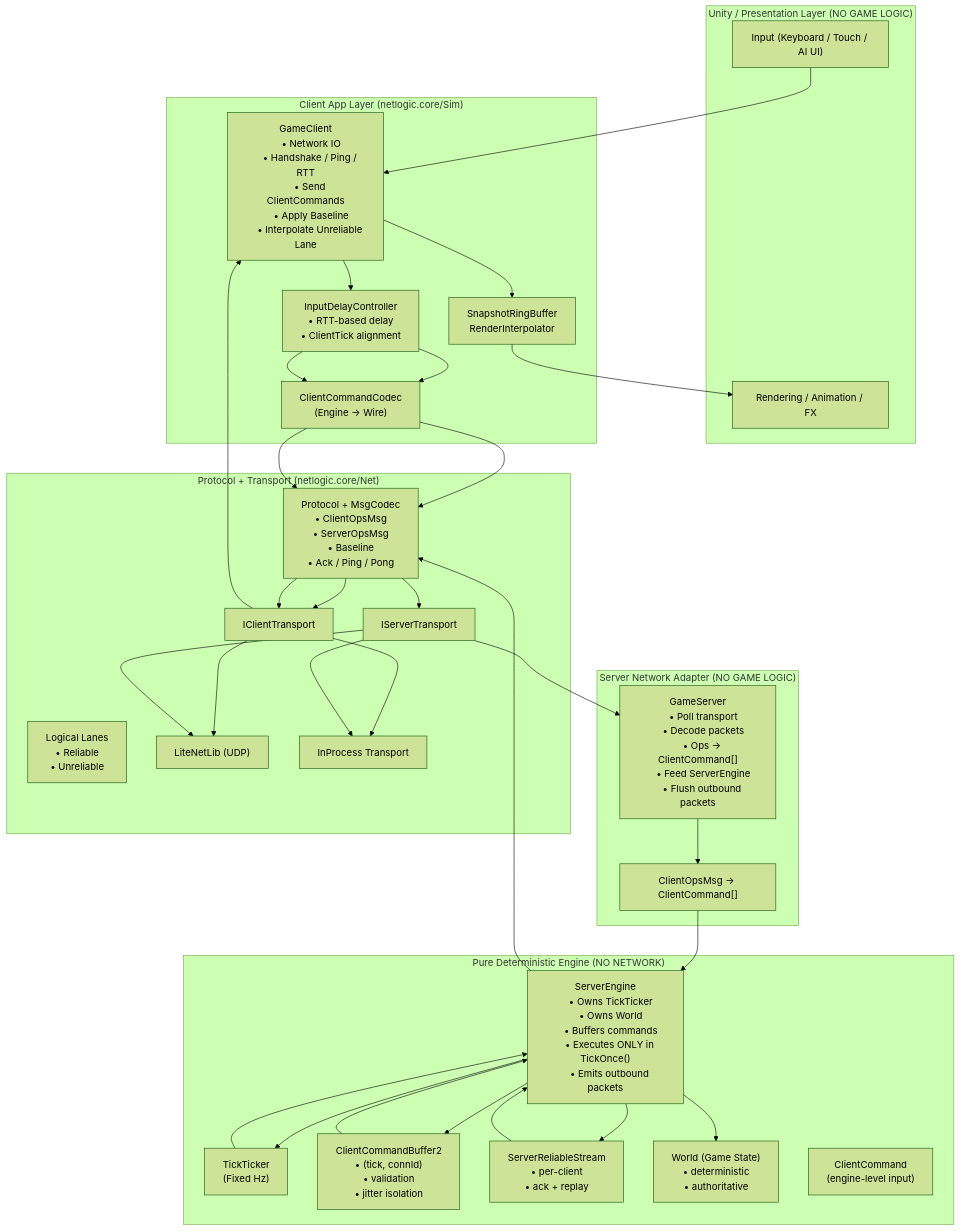
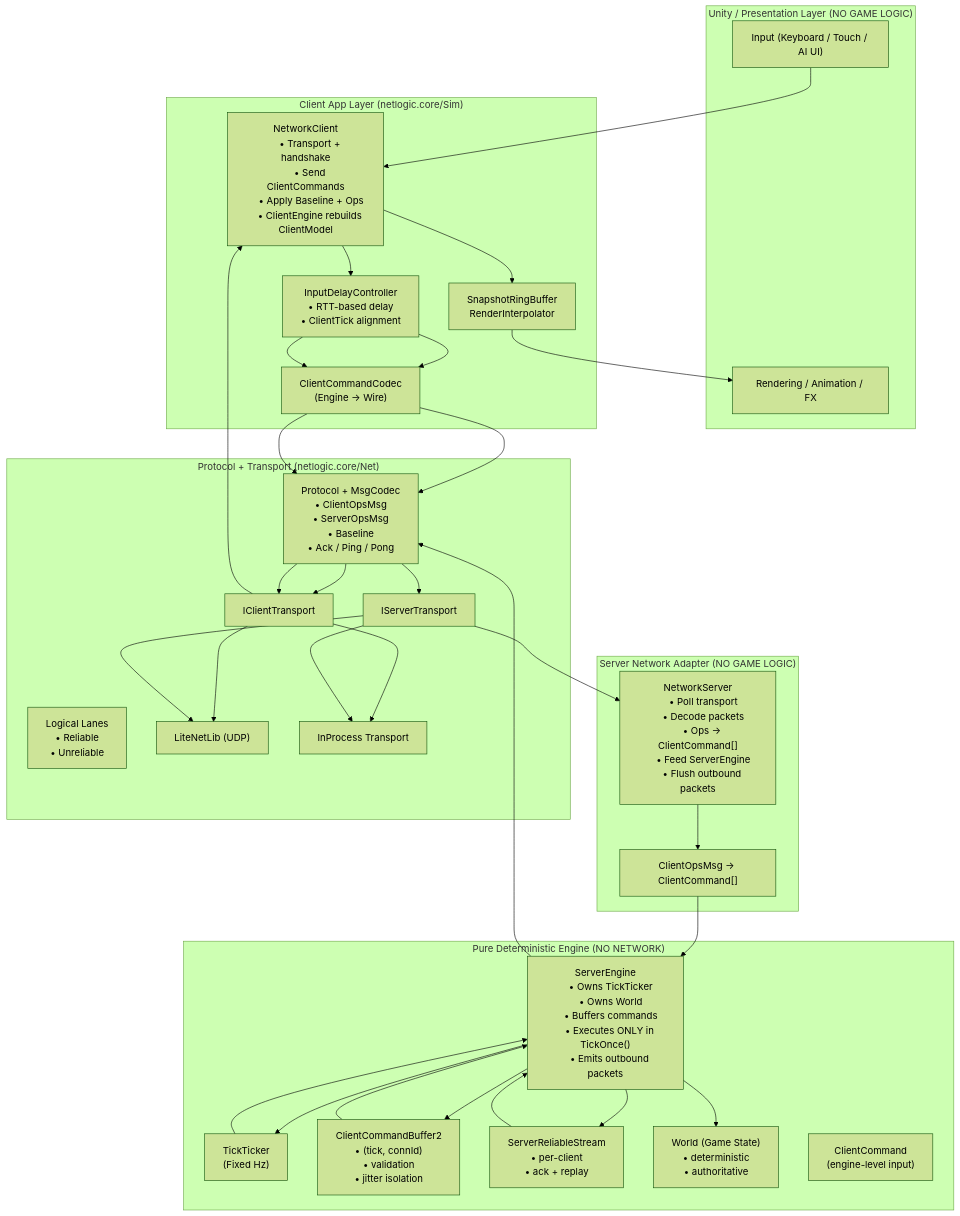
One commit to chenfanggm/netlogic changed the diagram in README.md. Above: the diagram before and after it, drawn with Mermaid (forest theme). The commit also changed other lines of this file and 7 other files, not shown here.

```diff
--- a/README.md
+++ b/README.md
@@ -48,12 +48,11 @@
   %% CLIENT APP
   %% =========================================================
   subgraph Client["Client App Layer (netlogic.core/Sim)"]
-    GC["GameClient
-    • Network IO
-    • Handshake / Ping / RTT
+    GC["NetworkClient
+    • Transport + handshake
     • Send ClientCommands
-    • Apply Baseline
-    • Interpolate Unreliable Lane"]
+    • Apply Baseline + Ops
+    • ClientEngine rebuilds ClientModel"]
 
     Delay["InputDelayController
     • RTT-based delay
@@ -91,7 +90,7 @@
   %% SERVER ADAPTER
   %% =========================================================
   subgraph ServerAdapter["Server Network Adapter (NO GAME LOGIC)"]
-    GS["GameServer
+    GS["NetworkServer
     • Poll transport
     • Decode packets
     • Ops → ClientCommand[]
```
